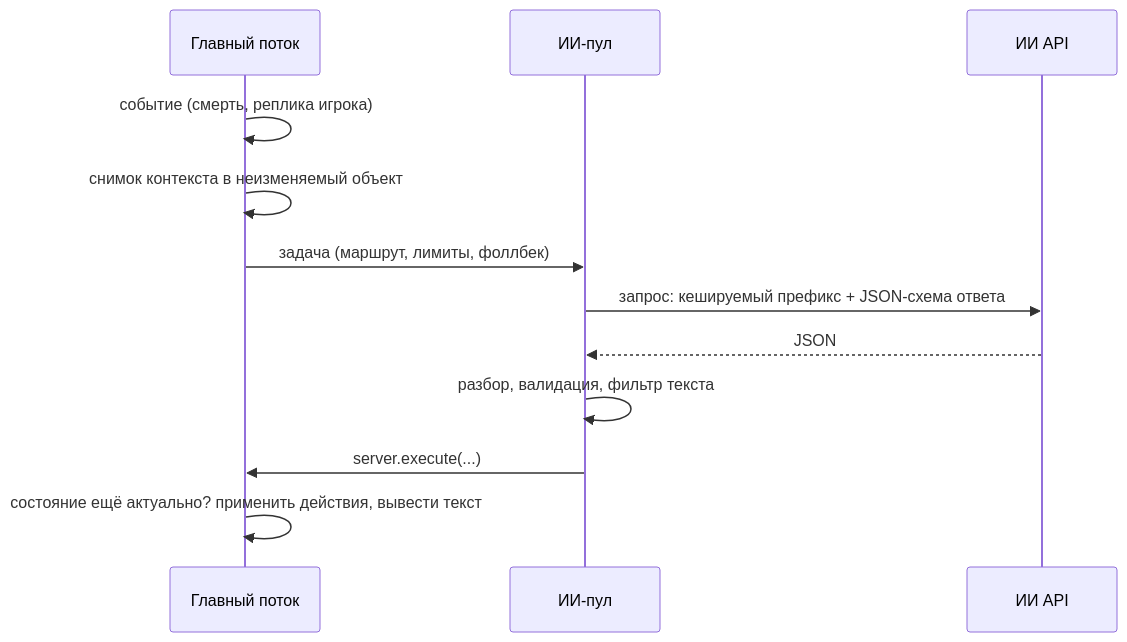
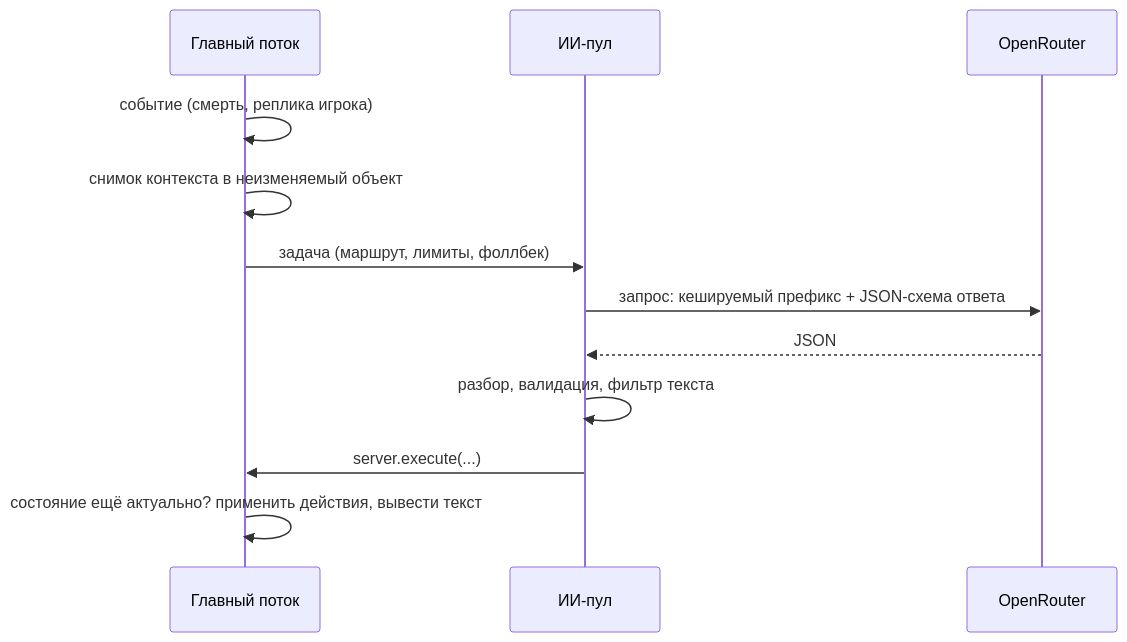
The second of 2 diagrams in docs/architecture/overview.md (XetPy1030/rick-mod), drawn with Mermaid before and after one commit. The commit also changed other lines of this file and 27 other files, not shown here.

````diff
--- a/docs/architecture/overview.md
+++ b/docs/architecture/overview.md
@@ -61,14 +69,14 @@
 ```mermaid
 sequenceDiagram
     participant G as Главный поток
     participant Q as ИИ-пул
-    participant API as ИИ API
+    participant API as OpenRouter
     G->>G: событие (смерть, реплика игрока)
     G->>G: снимок контекста в неизменяемый объект
     G->>Q: задача (маршрут, лимиты, фоллбек)
     Q->>API: запрос: кешируемый префикс + JSON-схема ответа
     API-->>Q: JSON
     Q->>Q: разбор, валидация, фильтр текста
     Q->>G: server.execute(...)
     G->>G: состояние ещё актуально? применить действия, вывести текст
 ```
````
